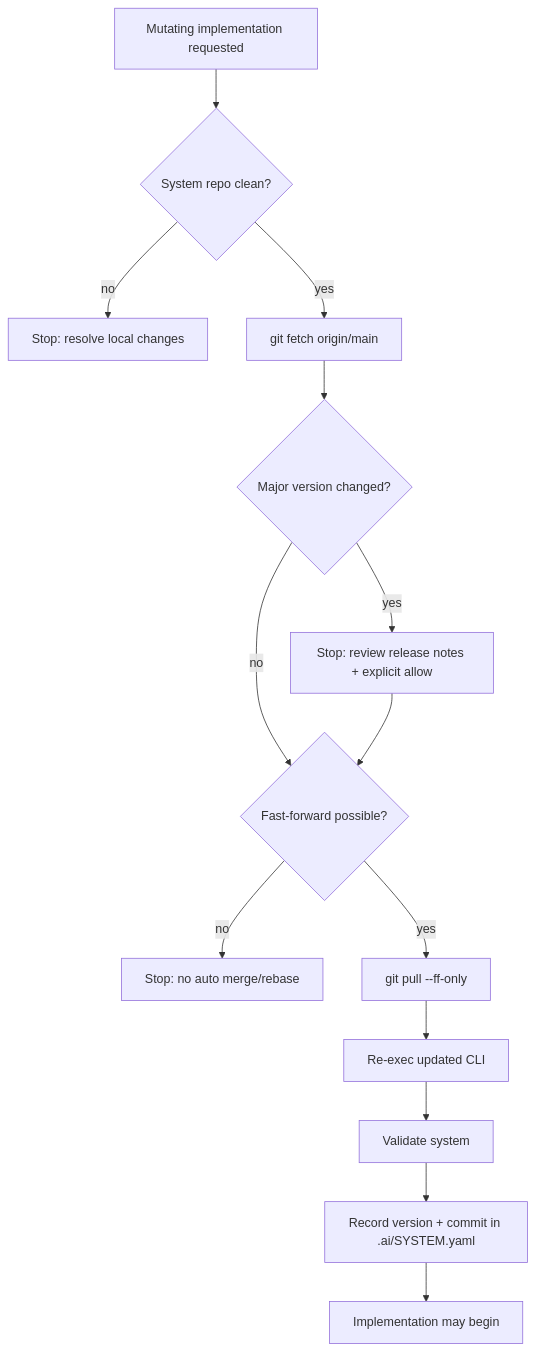
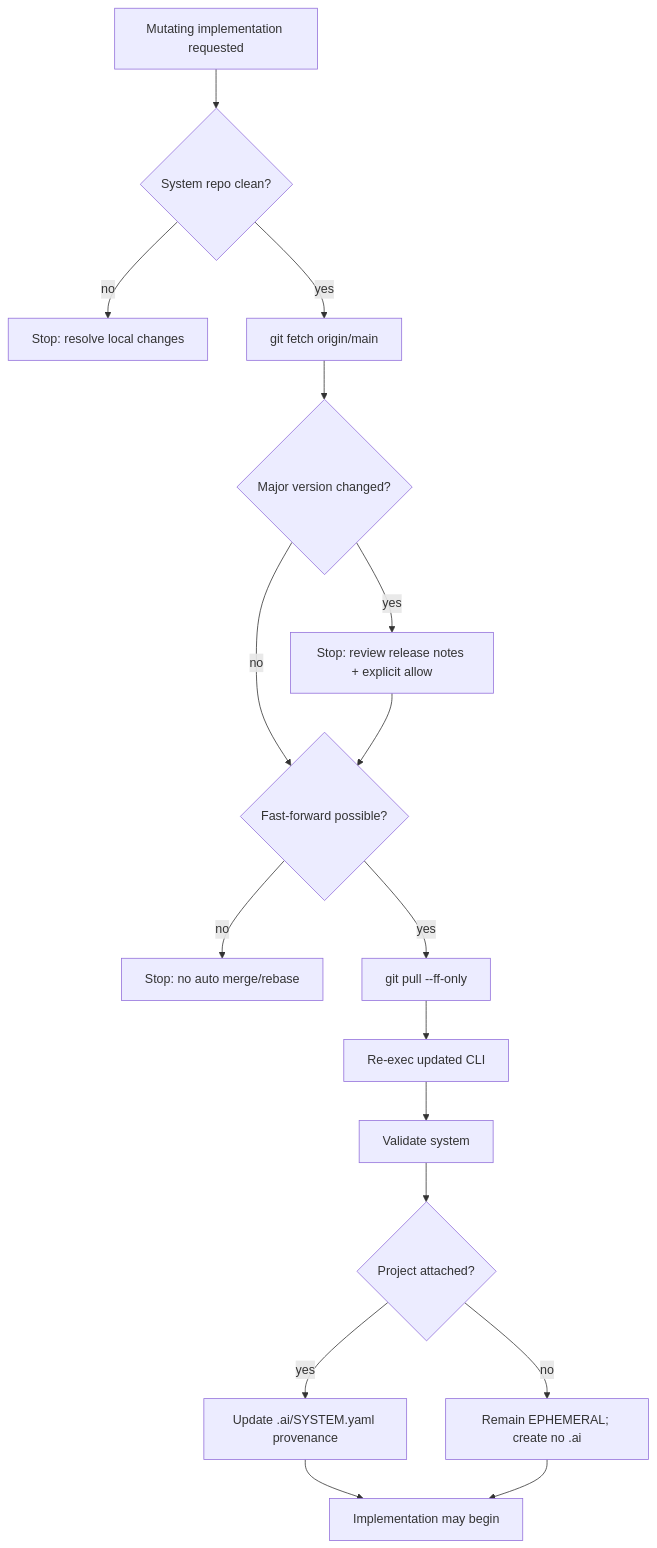
One commit to LucasLu3918/ai-product-system changed the fifth of 20 diagrams in docs/ARCHITECTURE.md. Above: the diagram before and after it, drawn with Mermaid. The commit also changed other lines of this file and 7 other files, not shown here.

Commit message:
docs(architecture): sync diagrams and require impact review for core changes

````diff
--- a/docs/ARCHITECTURE.md
+++ b/docs/ARCHITECTURE.md
@@ -106,16 +114,19 @@
-```mermaid
+~~~mermaid
 flowchart TD
     C[Mutating implementation requested] --> G{System repo clean?}
     G -->|no| STOP[Stop: resolve local changes]
     G -->|yes| F[git fetch origin/main]
     F --> M{Major version changed?}
     M -->|yes| H[Stop: review release notes + explicit allow]
     M -->|no| FF{Fast-forward possible?}
     H --> FF
     FF -->|no| STOP2[Stop: no auto merge/rebase]
     FF -->|yes| P[git pull --ff-only]
     P --> RE[Re-exec updated CLI]
     RE --> VAL[Validate system]
-    VAL --> REC[Record version + commit in .ai/SYSTEM.yaml]
+    VAL --> MODE{Project attached?}
+    MODE -->|yes| REC[Update .ai/SYSTEM.yaml provenance]
+    MODE -->|no| E[Remain EPHEMERAL; create no .ai]
     REC --> OK[Implementation may begin]
-```
+    E --> OK
+~~~
````
